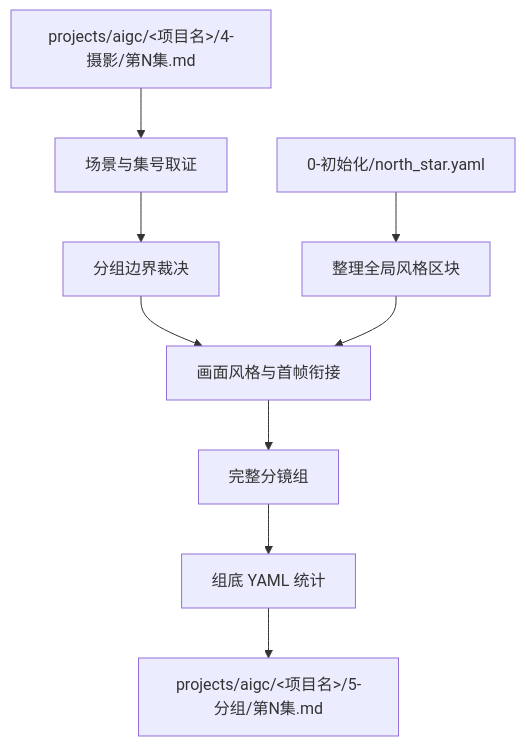
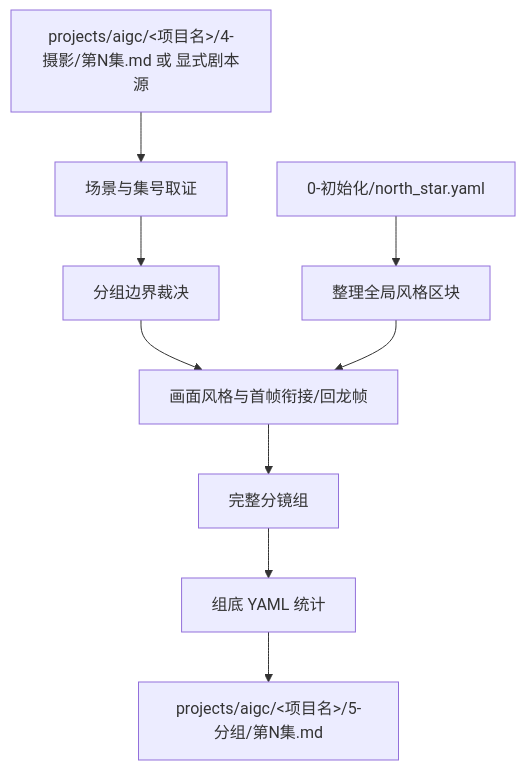
Before and after one commit to ZEN-VOID/AI-CUT: the first of 2 diagrams in .agents/skills/aigc/5-分组/SKILL.md, drawn with Mermaid. The commit also changed other lines of this file and 31 other files, not shown here.

````diff
--- a/.agents/skills/aigc/5-分组/SKILL.md
+++ b/.agents/skills/aigc/5-分组/SKILL.md
@@ -92,11 +99,11 @@
 ```mermaid
 flowchart TD
-    A["projects/aigc/<项目名>/4-摄影/第N集.md"] --> B["场景与集号取证"]
+    A["projects/aigc/<项目名>/4-摄影/第N集.md 或 显式剧本源"] --> B["场景与集号取证"]
     C["0-初始化/north_star.yaml"] --> D["整理全局风格区块"]
     B --> E["分组边界裁决"]
-    E --> F["画面风格与首帧衔接"]
+    E --> F["画面风格与首帧衔接/回龙帧"]
     D --> F
     F --> H["完整分镜组"]
     H --> I["组底 YAML 统计"]
     I --> J["projects/aigc/<项目名>/5-分组/第N集.md"]
 ```
````
